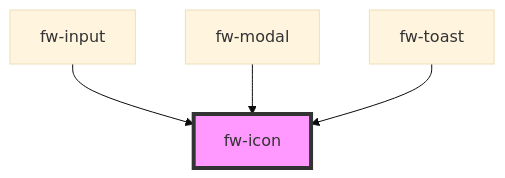
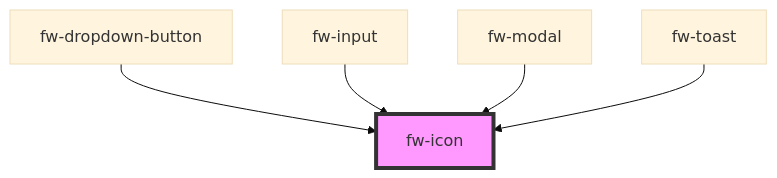
The diagram in src/components/icon/readme.md (freshworks/crayons), drawn with Mermaid (base theme) before and after one commit. The commit also changed other lines of this file and 13 other files, not shown here.

First line of the commit message:
feat(dropdown button): dropdown button adhering to Freshworks Design System

````diff
--- a/src/components/icon/readme.md
+++ b/src/components/icon/readme.md
@@ -43,7 +44,8 @@
 ```mermaid
 graph TD;
+  fw-dropdown-button --> fw-icon
   fw-input --> fw-icon
   fw-modal --> fw-icon
   fw-toast --> fw-icon
   style fw-icon fill:#f9f,stroke:#333,stroke-width:4px
 ```
````
